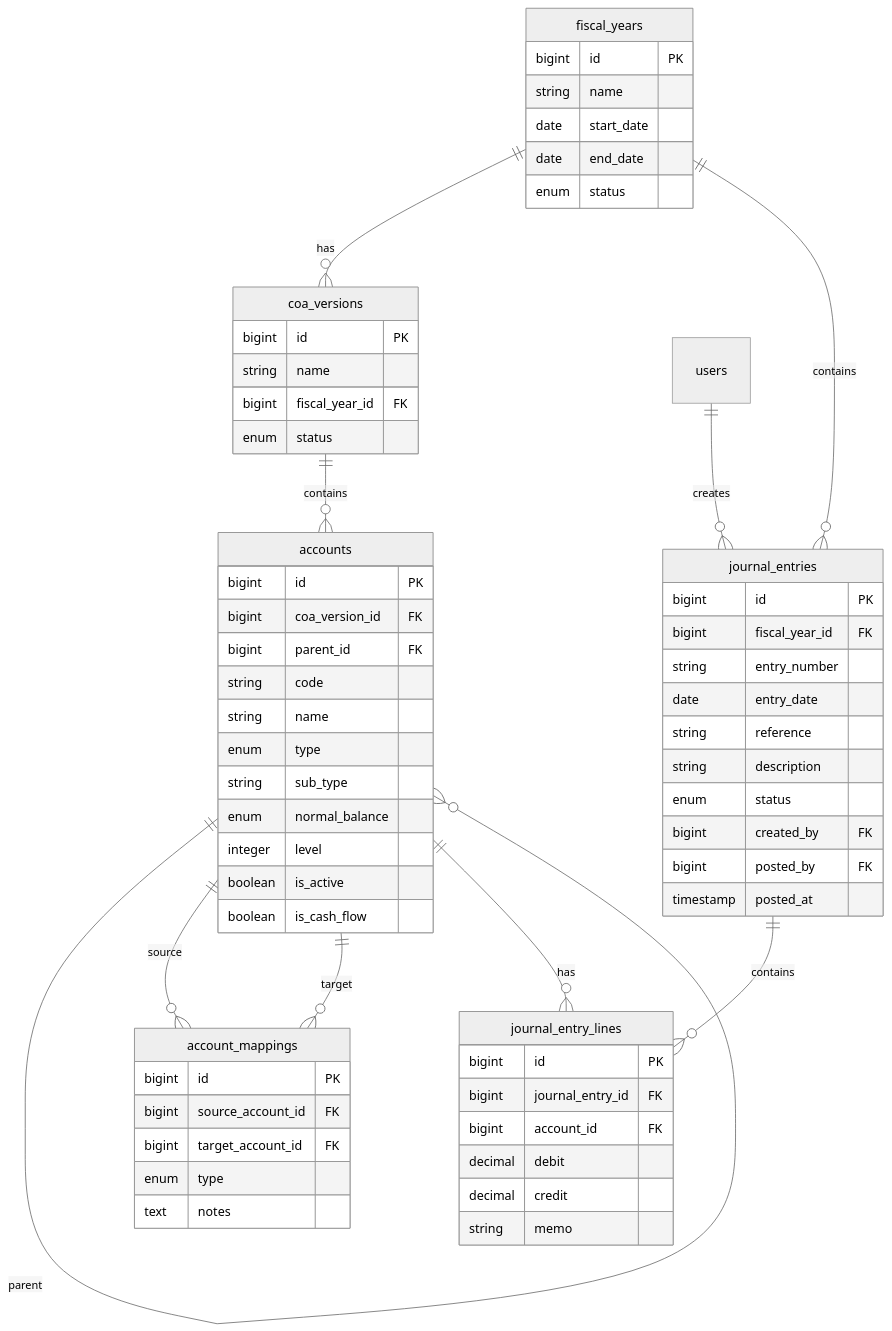
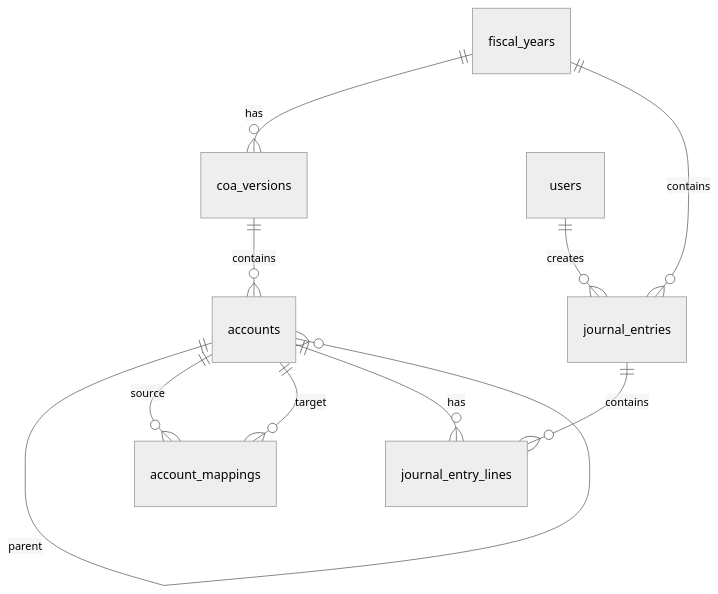
One commit to gmedia/erp changed the first of 2 diagrams in docs/database/01_chart_of_accounts_design.md. Above: the diagram before and after it, drawn with Mermaid (neutral theme). The commit also changed other lines of this file and 4 other files, not shown here.

````diff
--- a/docs/database/01_chart_of_accounts_design.md
+++ b/docs/database/01_chart_of_accounts_design.md
@@ -11,71 +34,12 @@
 ```mermaid
 erDiagram
-    fiscal_years ||--o{ coa_versions : "has"
-    fiscal_years ||--o{ journal_entries : "contains"
-    coa_versions ||--o{ accounts : "contains"
-    accounts ||--o{ accounts : "parent"
-    accounts ||--o{ account_mappings : "source"
-    accounts ||--o{ account_mappings : "target"
-    accounts ||--o{ journal_entry_lines : "has"
-    journal_entries ||--o{ journal_entry_lines : "contains"
-    users ||--o{ journal_entries : "creates"
-    
-    fiscal_years {
-        bigint id PK
-        string name
-        date start_date
-        date end_date
-        enum status
-    }
-    
-    coa_versions {
-        bigint id PK
-        string name
-        bigint fiscal_year_id FK
-        enum status
-    }
-    
-    accounts {
-        bigint id PK
-        bigint coa_version_id FK
-        bigint parent_id FK
-        string code
-        string name
-        enum type
-        string sub_type
-        enum normal_balance
-        integer level
-        boolean is_active
-        boolean is_cash_flow
-    }
-    
-    account_mappings {
-        bigint id PK
-        bigint source_account_id FK
-        bigint target_account_id FK
-        enum type
-        text notes
-    }
-
-    journal_entries {
-        bigint id PK
-        bigint fiscal_year_id FK
-        string entry_number
-        date entry_date
-        string reference
-        string description
-        enum status
-        bigint created_by FK
-        bigint posted_by FK
-        timestamp posted_at
-    }
-
-    journal_entry_lines {
-        bigint id PK
-        bigint journal_entry_id FK
-        bigint account_id FK
-        decimal debit
-        decimal credit
-        string memo
-    }
+    fiscal_years ||--o{ coa_versions : has
+    fiscal_years ||--o{ journal_entries : contains
+    coa_versions ||--o{ accounts : contains
+    accounts ||--o{ accounts : parent
+    accounts ||--o{ account_mappings : source
+    accounts ||--o{ account_mappings : target
+    accounts ||--o{ journal_entry_lines : has
+    journal_entries ||--o{ journal_entry_lines : contains
+    users ||--o{ journal_entries : creates
 ```
````
